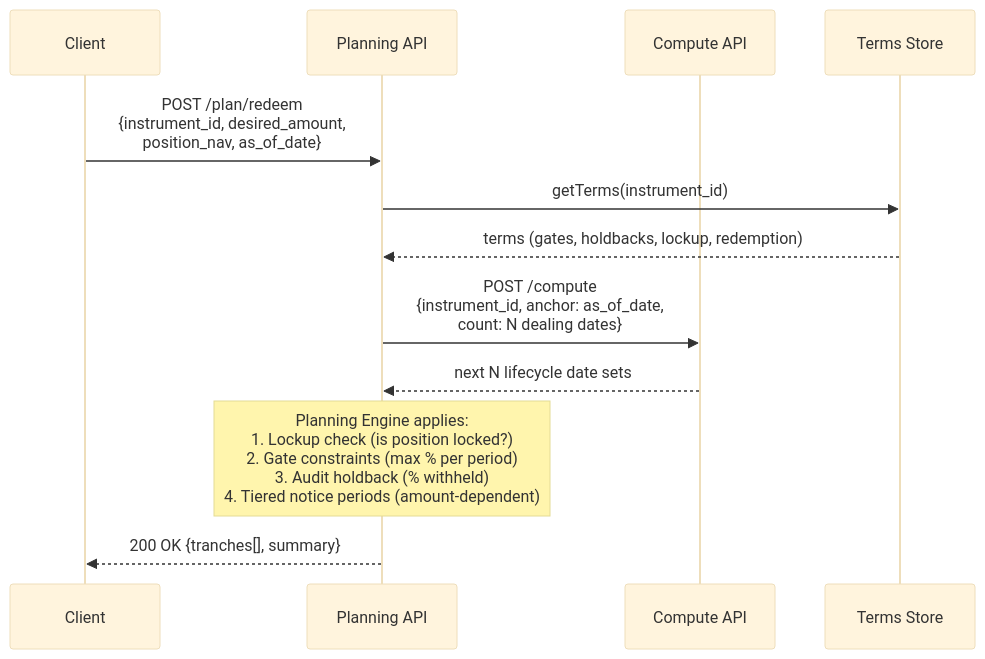
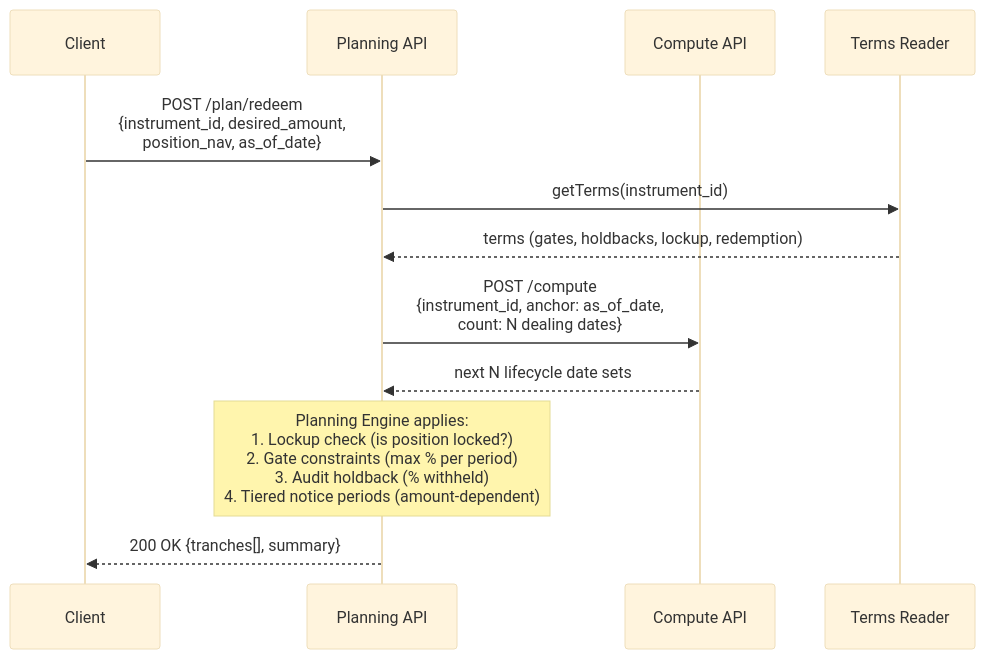
Before and after one commit to Ashu290905/OSYTE: the seventh of 8 diagrams in lcs-main/docs/architecture.md, drawn with Mermaid (base theme). The commit also changed other lines of this file, not shown here.

First line of the commit message:
Refactor architecture: Holiday Resolver with caching, Compute Engine, Terms Reader

````diff
--- a/lcs-main/docs/architecture.md
+++ b/lcs-main/docs/architecture.md
@@ -398,19 +449,19 @@
 ```mermaid
 sequenceDiagram
     participant Client
     participant PlanAPI as Planning API
     participant ComputeAPI as Compute API
-    participant TS as Terms Store
+    participant TS as Terms Reader
 
     Client->>PlanAPI: POST /plan/redeem<br/>{instrument_id, desired_amount,<br/> position_nav, as_of_date}
 
     PlanAPI->>TS: getTerms(instrument_id)
     TS-->>PlanAPI: terms (gates, holdbacks, lockup, redemption)
 
     PlanAPI->>ComputeAPI: POST /compute<br/>{instrument_id, anchor: as_of_date,<br/> count: N dealing dates}
     ComputeAPI-->>PlanAPI: next N lifecycle date sets
 
     Note over PlanAPI: Planning Engine applies:<br/>1. Lockup check (is position locked?)<br/>2. Gate constraints (max % per period)<br/>3. Audit holdback (% withheld)<br/>4. Tiered notice periods (amount-dependent)
 
     PlanAPI-->>Client: 200 OK {tranches[], summary}
 ```
````
